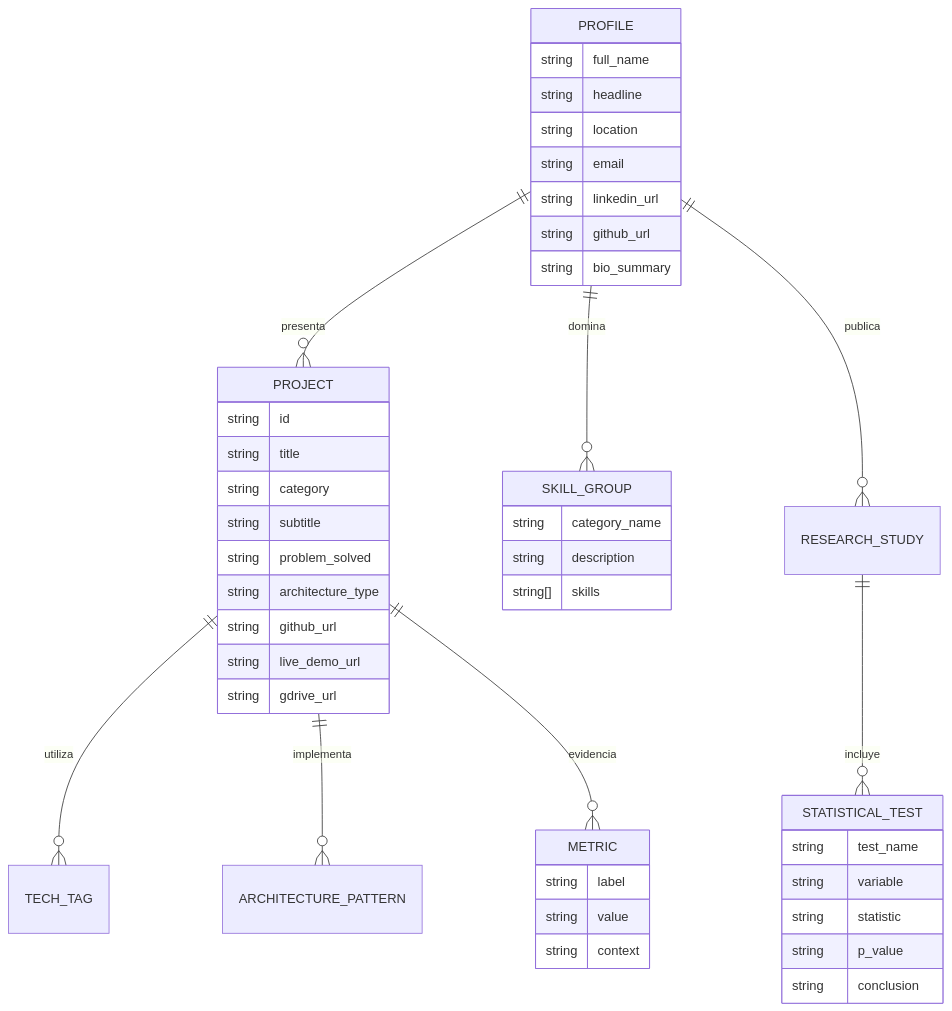
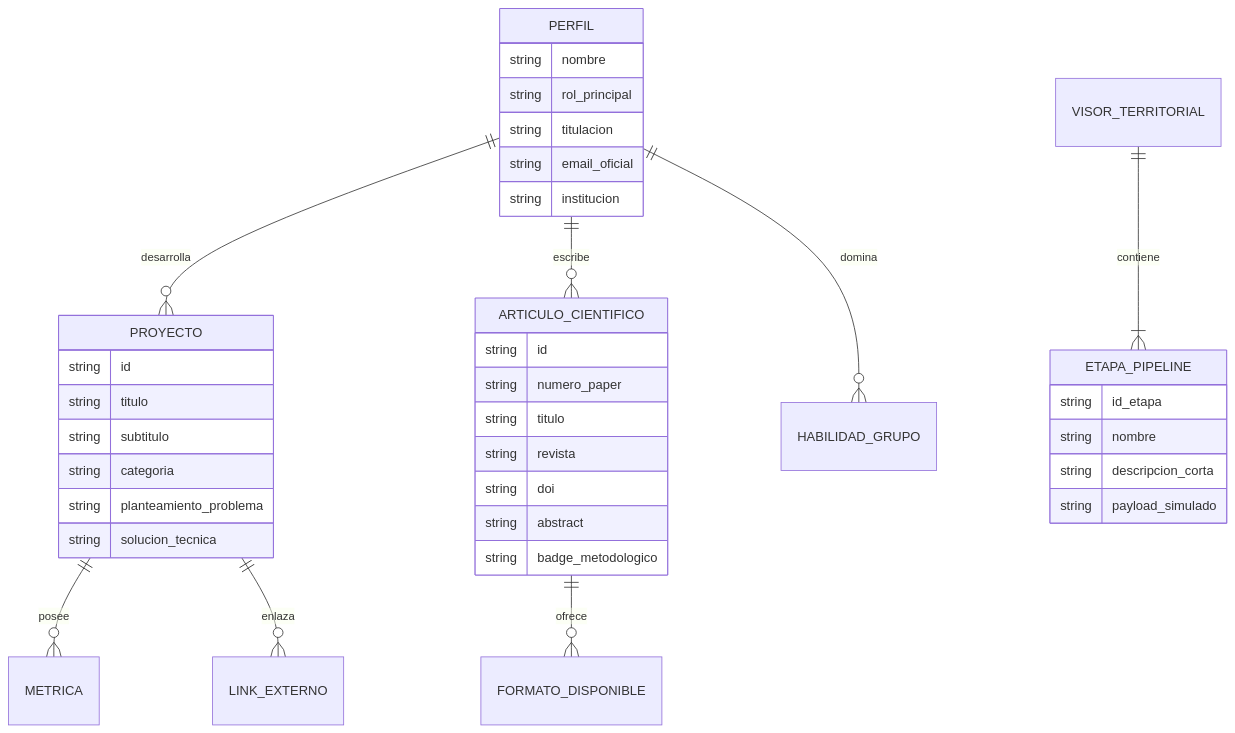
One commit to adansanchezc1-spec/Portfolio changed the diagram in docs/01-requirements/entity-map.md. Above: the diagram before and after it, drawn with Mermaid. The commit also changed other lines of this file and 19 other files, not shown here.

Commit message:
docs: Complete full PDCO technical documentation suite (IEEE 830, ADRs, UML diagrams, test results, changelog)

````diff
--- a/docs/01-requirements/entity-map.md
+++ b/docs/01-requirements/entity-map.md
@@ -9,52 +11,44 @@
 ```mermaid
 erDiagram
-    PROFILE ||--o{ PROJECT : "presenta"
-    PROFILE ||--o{ SKILL_GROUP : "domina"
-    PROFILE ||--o{ RESEARCH_STUDY : "publica"
-    PROJECT ||--o{ TECH_TAG : "utiliza"
-    PROJECT ||--o{ ARCHITECTURE_PATTERN : "implementa"
-    PROJECT ||--o{ METRIC : "evidencia"
-    RESEARCH_STUDY ||--o{ STATISTICAL_TEST : "incluye"
+    PERFIL ||--o{ PROYECTO : "desarrolla"
+    PERFIL ||--o{ ARTICULO_CIENTIFICO : "escribe"
+    PERFIL ||--o{ HABILIDAD_GRUPO : "domina"
+    PROYECTO ||--o{ METRICA : "posee"
+    PROYECTO ||--o{ LINK_EXTERNO : "enlaza"
+    ARTICULO_CIENTIFICO ||--o{ FORMATO_DISPONIBLE : "ofrece"
+    VISOR_TERRITORIAL ||--|{ ETAPA_PIPELINE : "contiene"
 
-    PROFILE {
-        string full_name
-        string headline
-        string location
-        string email
-        string linkedin_url
-        string github_url
-        string bio_summary
+    PERFIL {
+        string nombre
+        string rol_principal
+        string titulacion
+        string email_oficial
+        string institucion
     }
 
-    PROJECT {
+    PROYECTO {
         string id
-        string title
-        string category
-        string subtitle
-        string problem_solved
-        string architecture_type
-        string github_url
-        string live_demo_url
-        string gdrive_url
+        string titulo
+        string subtitulo
+        string categoria
+        string planteamiento_problema
+        string solucion_tecnica
     }
 
-    METRIC {
-        string label
-        string value
-        string context
+    ARTICULO_CIENTIFICO {
+        string id
+        string numero_paper
+        string titulo
+        string revista
+        string doi
+        string abstract
+        string badge_metodologico
     }
 
-    SKILL_GROUP {
-        string category_name
-        string description
-        string[] skills
-    }
-
-    STATISTICAL_TEST {
-        string test_name
-        string variable
-        string statistic
-        string p_value
-        string conclusion
+    ETAPA_PIPELINE {
+        string id_etapa
+        string nombre
+        string descripcion_corta
+        string payload_simulado
     }
 ```
````
